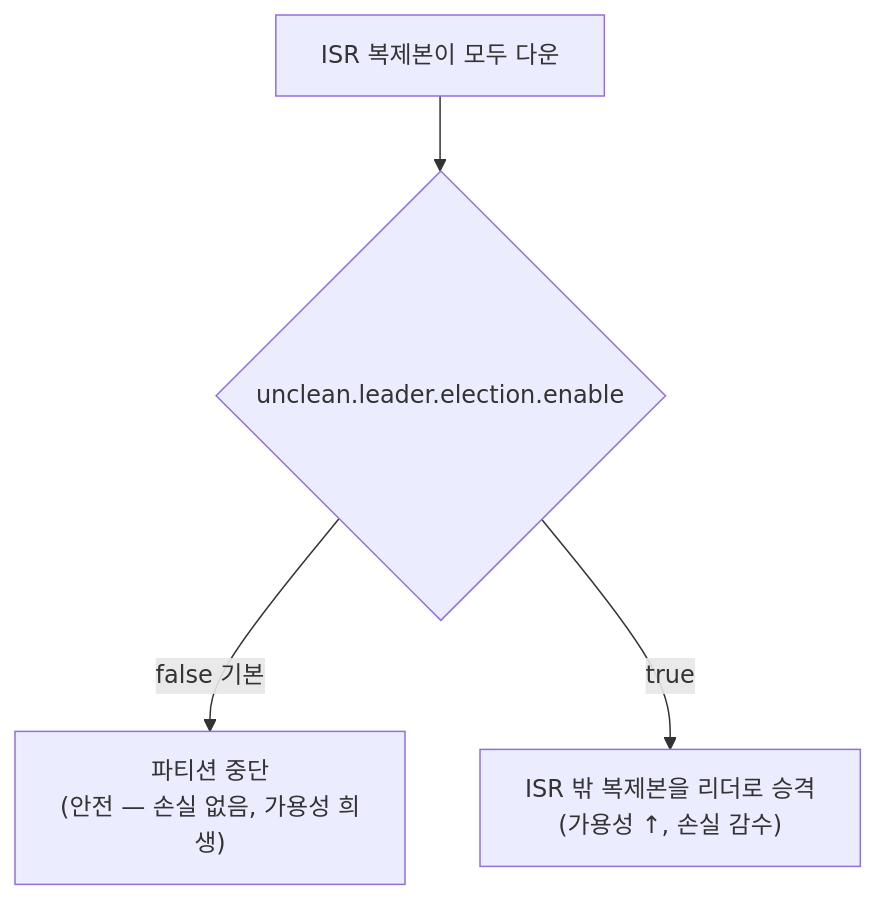
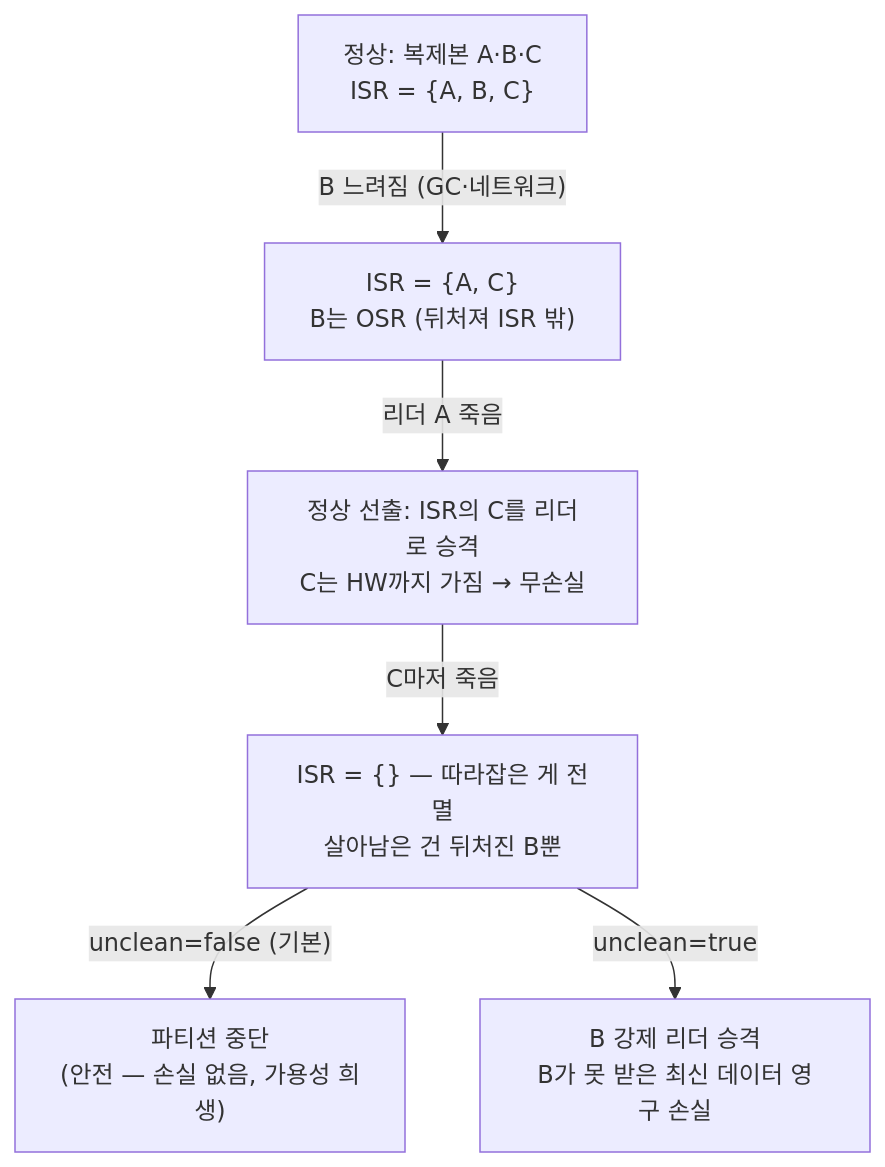
Before and after one commit to ghtjr410/kafka-lab: the sixth of 8 diagrams in docs/book/1-internals/03-replication.md, drawn with Mermaid. The commit also changed other lines of this file and 2 other files, not shown here.

First line of the commit message:
docs: 03 §3.3/§3.6 ISR·OSR 오독 차단 + epoch/fencing/zombie GLOSSARY (replication handoff 3건 반영)

````diff
--- a/docs/book/1-internals/03-replication.md
+++ b/docs/book/1-internals/03-replication.md
@@ -158,6 +171,8 @@
 ```mermaid
 graph TB
-    DEAD["ISR 복제본이 모두 다운"] --> Q{unclean.leader.election.enable}
-    Q -->|false 기본| STOP["파티션 중단<br/>(안전 — 손실 없음, 가용성 희생)"]
-    Q -->|true| ELECT["ISR 밖 복제본을 리더로 승격<br/>(가용성 ↑, 손실 감수)"]
+    S0["정상: 복제본 A·B·C<br/>ISR = {A, B, C}"] -->|"B 느려짐 (GC·네트워크)"| S1["ISR = {A, C}<br/>B는 OSR (뒤처져 ISR 밖)"]
+    S1 -->|"리더 A 죽음"| S2["정상 선출: ISR의 C를 리더로 승격<br/>C는 HW까지 가짐 → 무손실"]
+    S2 -->|"C마저 죽음"| S3["ISR = {} — 따라잡은 게 전멸<br/>살아남은 건 뒤처진 B뿐"]
+    S3 -->|"unclean=false (기본)"| F["파티션 중단<br/>(안전 — 손실 없음, 가용성 희생)"]
+    S3 -->|"unclean=true"| T["B 강제 리더 승격<br/>B가 못 받은 최신 데이터 영구 손실"]
 ```
````
